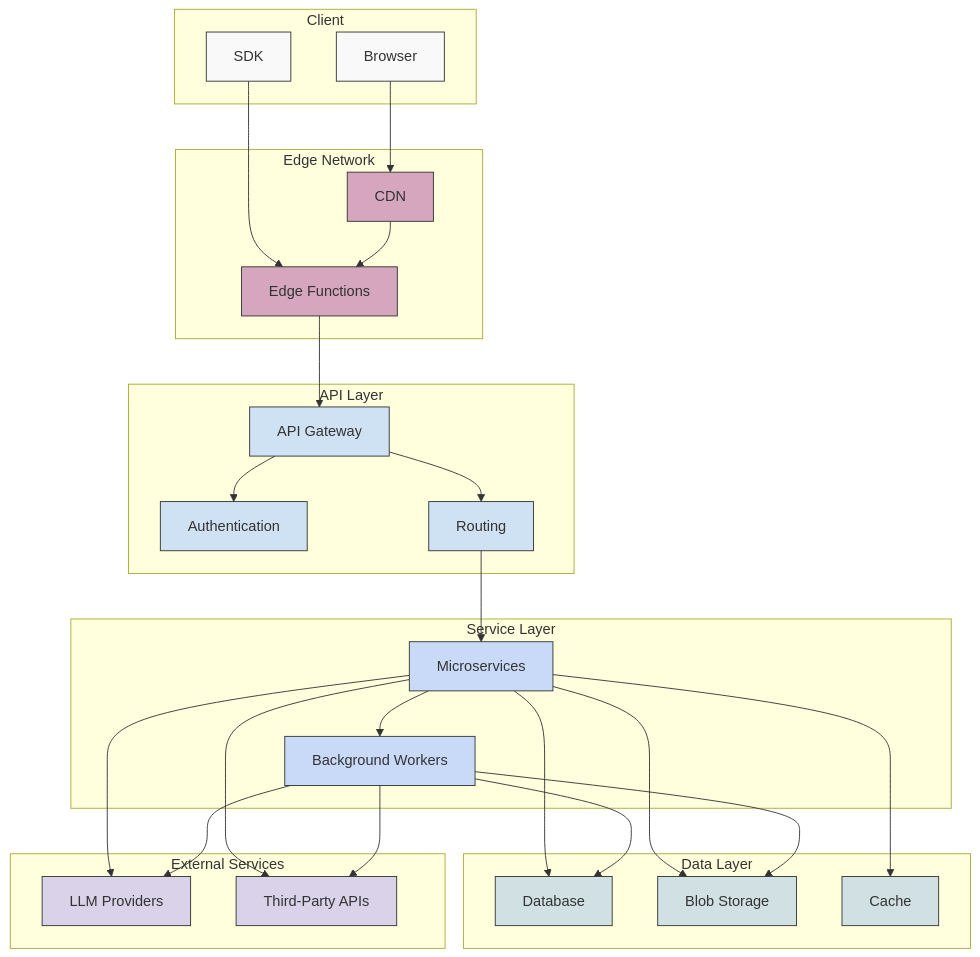
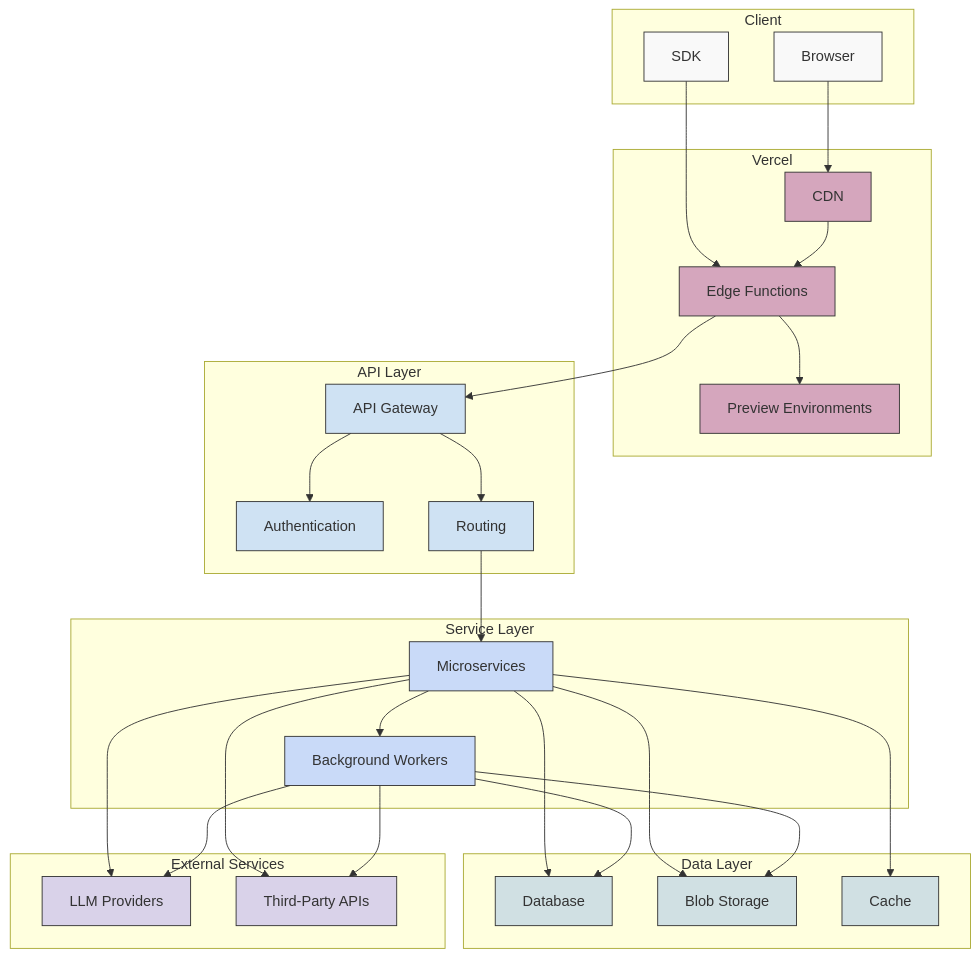
Before and after one commit to drivly/ai: diagram 15 of 21 in ARCHITECTURE.md, drawn with Mermaid. The commit also changed other lines of this file, not shown here.

Commit message:
docs: update ARCHITECTURE.md to reflect current architecture

````diff
--- a/ARCHITECTURE.md
+++ b/ARCHITECTURE.md
@@ -393,67 +431,70 @@
 ```mermaid
 graph TD
     subgraph "Client"
         Browser[Browser]
         SDK[SDK]
     end
 
-    subgraph "Edge Network"
+    subgraph "Vercel"
         CDN[CDN]
         EdgeFunctions[Edge Functions]
+        WebsitePreview[Preview Environments]
     end
 
     subgraph "API Layer"
         APIGateway[API Gateway]
         Auth[Authentication]
         Routing[Routing]
     end
 
     subgraph "Service Layer"
         Services[Microservices]
         Workers[Background Workers]
     end
 
     subgraph "Data Layer"
         Database[Database]
         BlobStorage[Blob Storage]
         Cache[Cache]
     end
 
     subgraph "External Services"
         LLMProviders[LLM Providers]
         ThirdPartyAPIs[Third-Party APIs]
     end
 
     Browser --> CDN
     SDK --> EdgeFunctions
     CDN --> EdgeFunctions
+    EdgeFunctions --> WebsitePreview
     EdgeFunctions --> APIGateway
     APIGateway --> Auth
     APIGateway --> Routing
     Routing --> Services
     Services --> Workers
     Services --> Database
     Services --> BlobStorage
     Services --> Cache
     Services --> LLMProviders
     Services --> ThirdPartyAPIs
     Workers --> Database
     Workers --> BlobStorage
     Workers --> LLMProviders
     Workers --> ThirdPartyAPIs
 
     style Browser fill:#f9f9f9,stroke:#333,stroke-width:1px
     style SDK fill:#f9f9f9,stroke:#333,stroke-width:1px
     style CDN fill:#d5a6bd,stroke:#333,stroke-width:1px
     style EdgeFunctions fill:#d5a6bd,stroke:#333,stroke-width:1px
+    style WebsitePreview fill:#d5a6bd,stroke:#333,stroke-width:1px
     style APIGateway fill:#cfe2f3,stroke:#333,stroke-width:1px
     style Auth fill:#cfe2f3,stroke:#333,stroke-width:1px
     style Routing fill:#cfe2f3,stroke:#333,stroke-width:1px
     style Services fill:#c9daf8,stroke:#333,stroke-width:1px
     style Workers fill:#c9daf8,stroke:#333,stroke-width:1px
     style Database fill:#d0e0e3,stroke:#333,stroke-width:1px
     style BlobStorage fill:#d0e0e3,stroke:#333,stroke-width:1px
     style Cache fill:#d0e0e3,stroke:#333,stroke-width:1px
     style LLMProviders fill:#d9d2e9,stroke:#333,stroke-width:1px
     style ThirdPartyAPIs fill:#d9d2e9,stroke:#333,stroke-width:1px
 ```
````
